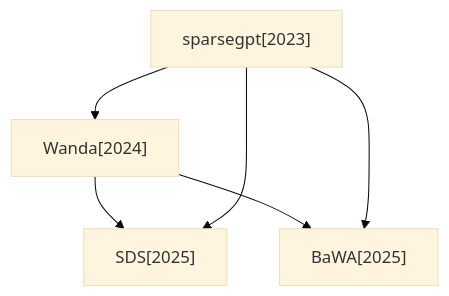
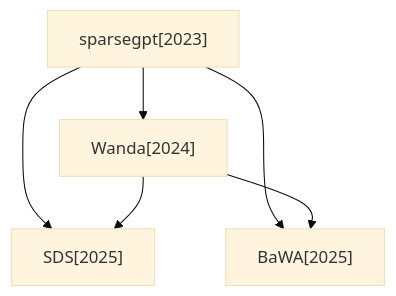
The first of 3 diagrams in docs/baseline_methods_graph.md (hustzxd/EfficientPaper), drawn with Mermaid (base theme) before and after one commit. The commit also changed other lines of this file and 30 other files, not shown here.

````diff
--- a/docs/baseline_methods_graph.md
+++ b/docs/baseline_methods_graph.md
@@ -7,12 +7,12 @@
 ```mermaid
 flowchart TD
+    2025_SDS["SDS[2025]"]
+    2023_sparsegpt["sparsegpt[2023]"]
     2025_BaWA["BaWA[2025]"]
     2024_Wanda["Wanda[2024]"]
-    2025_SDS["SDS[2025]"]
-    2023_sparsegpt["sparsegpt[2023]"]
-    2024_Wanda --> 2025_SDS
-    2024_Wanda --> 2025_BaWA
     2023_sparsegpt --> 2025_SDS
     2023_sparsegpt --> 2025_BaWA
     2023_sparsegpt --> 2024_Wanda
+    2024_Wanda --> 2025_SDS
+    2024_Wanda --> 2025_BaWA
 ```
````
